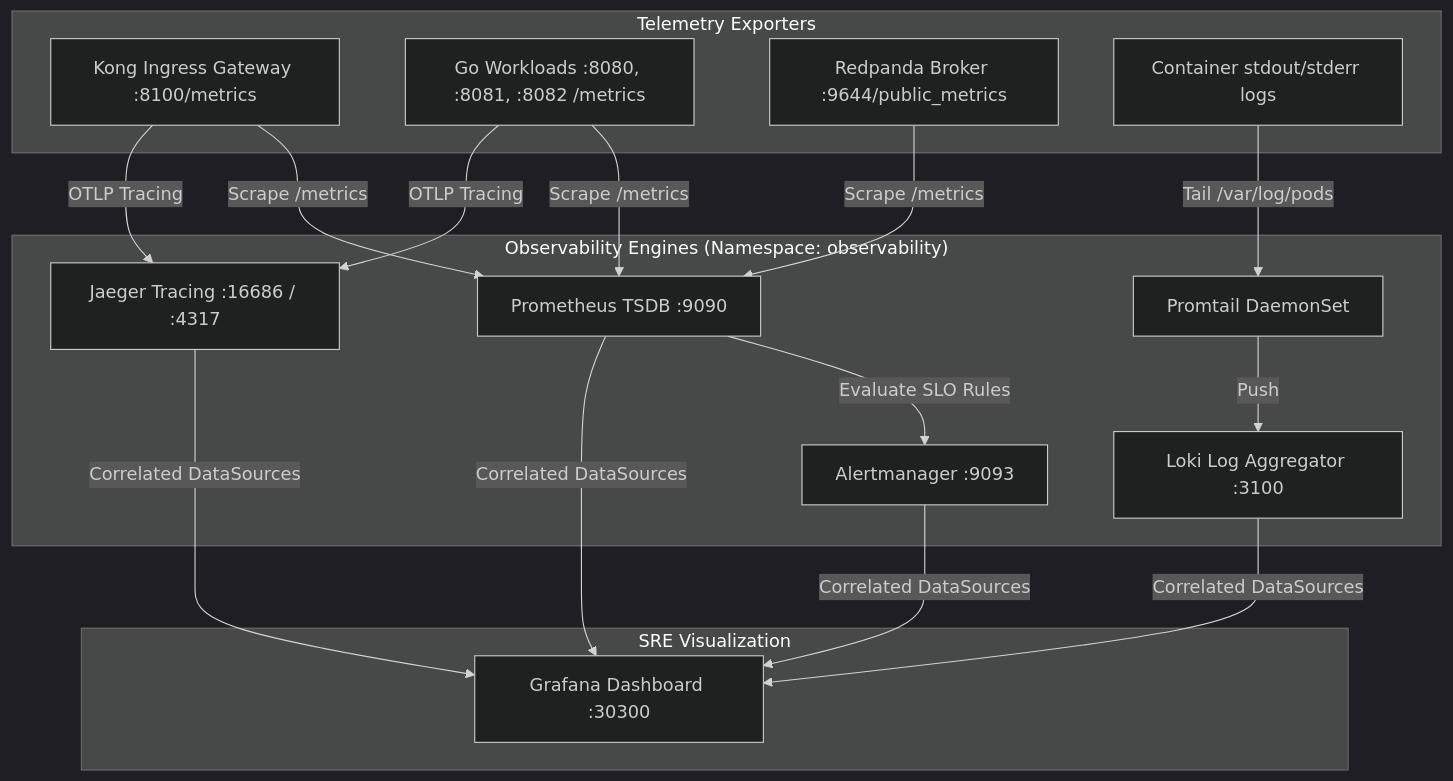
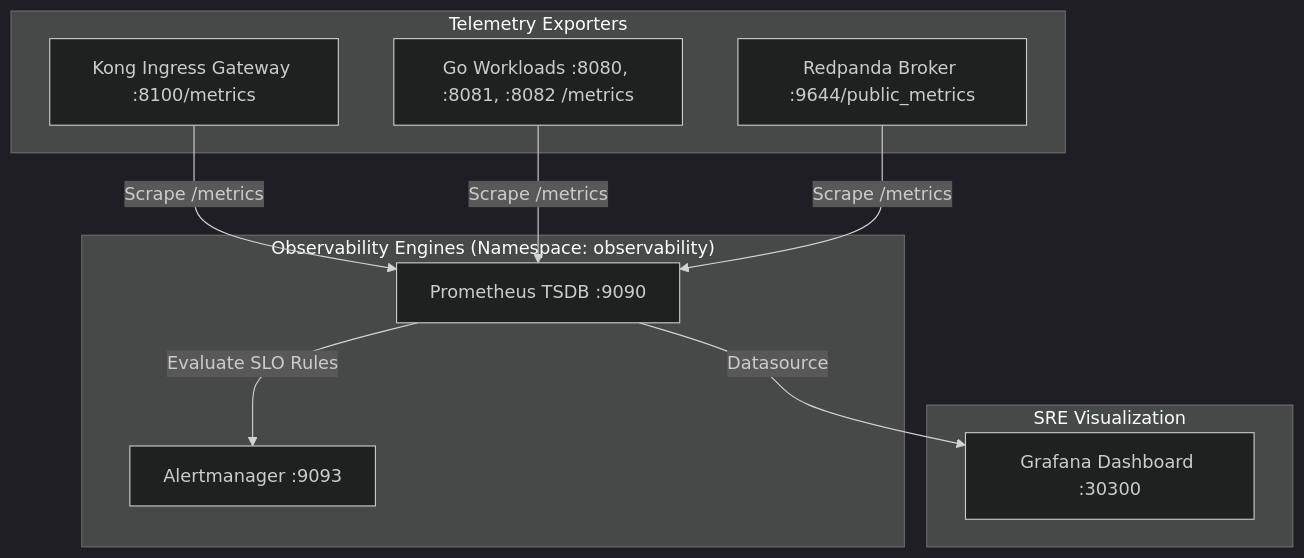
Before and after one commit to gxxtrp/CloudNative-DataPlatform: the diagram in docs/observability/sre-and-monitoring.md, drawn with Mermaid (dark theme). The commit also changed other lines of this file and 4 other files, not shown here.

````diff
--- a/docs/observability/sre-and-monitoring.md
+++ b/docs/observability/sre-and-monitoring.md
@@ -12,28 +12,21 @@
 ```mermaid
 flowchart TD
     subgraph Exporters["Telemetry Exporters"]
         GW[Kong Ingress Gateway :8100/metrics]
         APPS[Go Workloads :8080, :8081, :8082 /metrics]
         RP[Redpanda Broker :9644/public_metrics]
-        PODS[Container stdout/stderr logs]
     end
 
     subgraph Core["Observability Engines (Namespace: observability)"]
         PROM[Prometheus TSDB :9090]
         AM[Alertmanager :9093]
-        LOKI[Loki Log Aggregator :3100]
-        PTL[Promtail DaemonSet]
-        JAEGER[Jaeger Tracing :16686 / :4317]
     end
 
     subgraph UI["SRE Visualization"]
         GRAFANA[Grafana Dashboard :30300]
     end
 
     GW & APPS & RP -->|Scrape /metrics| PROM
-    PODS -->|Tail /var/log/pods| PTL -->|Push| LOKI
-    GW & APPS -->|OTLP Tracing| JAEGER
-
     PROM -->|Evaluate SLO Rules| AM
-    PROM & AM & LOKI & JAEGER -->|Correlated DataSources| GRAFANA
+    PROM -->|Datasource| GRAFANA
 ```
````
